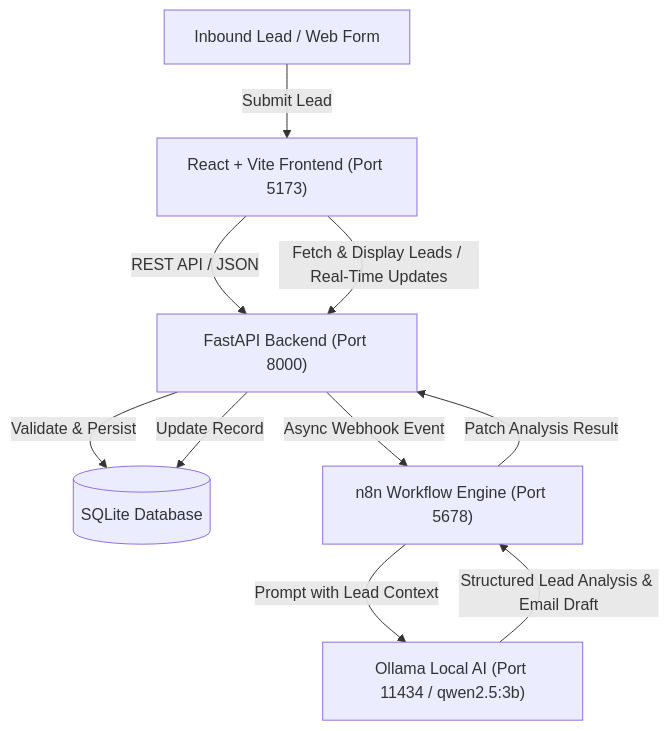
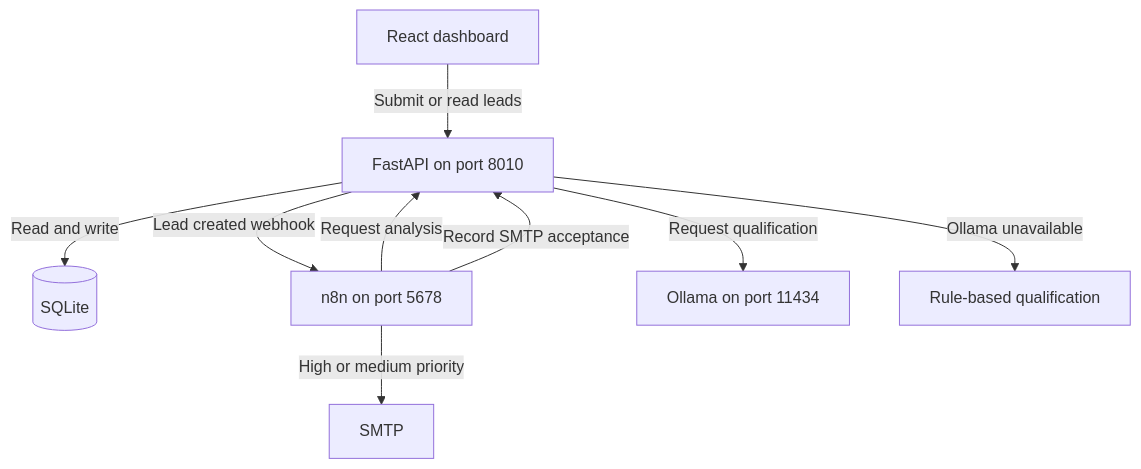
One commit to Azees5474/Leadflow-Ai changed the diagram in docs/architecture.md. Above: the diagram before and after it, drawn with Mermaid. The commit also changed other lines of this file and 6 other files, not shown here.

````diff
--- a/docs/architecture.md
+++ b/docs/architecture.md
@@ -8,12 +5,11 @@
 ```mermaid
 flowchart TD
-    User["Inbound Lead / Web Form"] -->|Submit Lead| UI["React + Vite Frontend (Port 5173)"]
-    UI -->|REST API / JSON| API["FastAPI Backend (Port 8000)"]
-    API -->|Validate & Persist| DB[("SQLite Database")]
-    API -->|Async Webhook Event| N8N["n8n Workflow Engine (Port 5678)"]
-    N8N -->|Prompt with Lead Context| AI["Ollama Local AI (Port 11434 / qwen2.5:3b)"]
-    AI -->|Structured Lead Analysis & Email Draft| N8N
-    N8N -->|Patch Analysis Result| API
-    API -->|Update Record| DB
-    UI -->|Fetch & Display Leads / Real-Time Updates| API
+    UI["React dashboard"] -->|Submit or read leads| API["FastAPI on port 8010"]
+    API -->|Read and write| DB[("SQLite")]
+    API -->|Lead created webhook| N8N["n8n on port 5678"]
+    N8N -->|Request analysis| API
+    API -->|Request qualification| AI["Ollama on port 11434"]
+    API -->|Ollama unavailable| FALLBACK["Rule-based qualification"]
+    N8N -->|High or medium priority| SMTP["SMTP"]
+    N8N -->|Record SMTP acceptance| API
 ```
````
